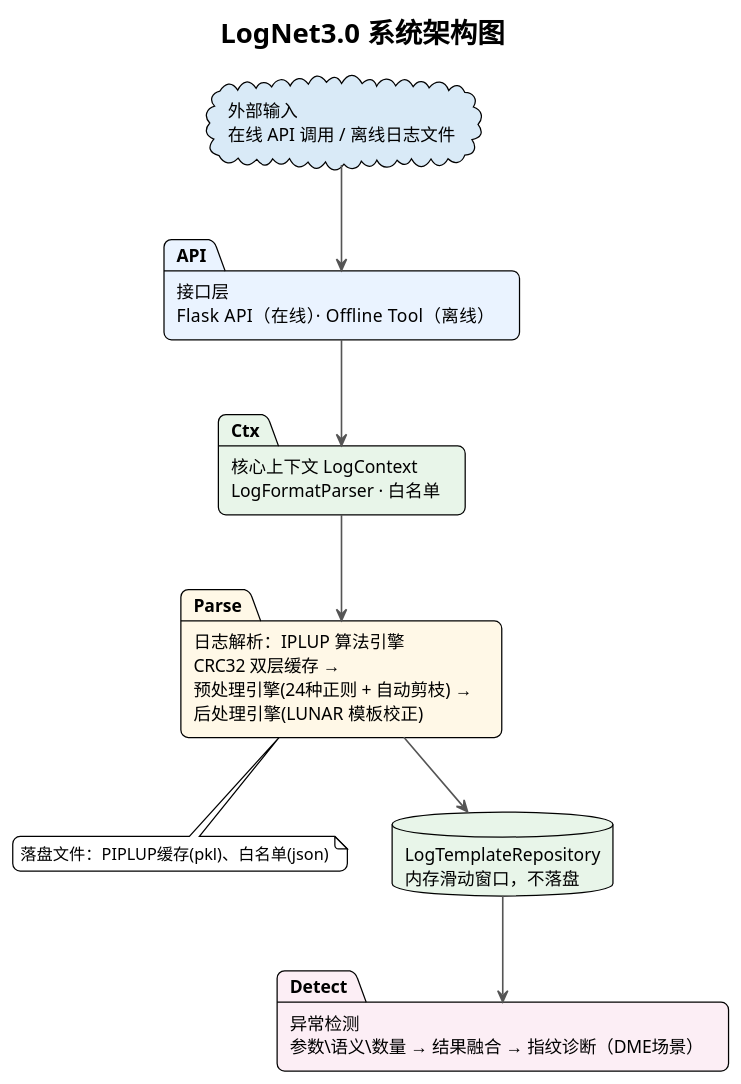
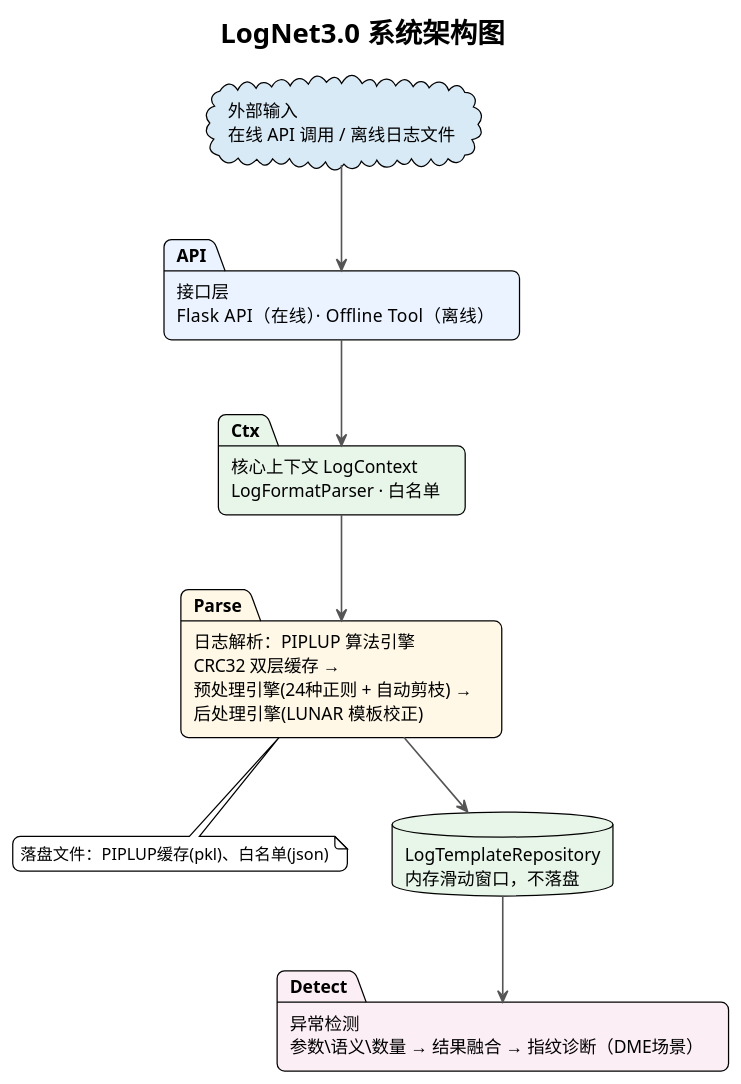
The first of 11 diagrams in LogNet3.0方案设计与实现文档.md (HouMonKy/TIG-PIPLUP), drawn with PlantUML before and after one commit. The commit also changed other lines of this file, not shown here.

````diff
--- a/LogNet3.0方案设计与实现文档.md
+++ b/LogNet3.0方案设计与实现文档.md
@@ -116,36 +116,36 @@
 ```plantuml
 @startuml TIG_PIPLUP_Architecture_Simplified
 !theme plain
 skinparam backgroundColor white
 skinparam shadowing false
 skinparam roundCorner 12
 skinparam packageStyle rectangle
 skinparam ArrowColor #555555
 skinparam ArrowThickness 1.3
 
 title LogNet3.0 系统架构图
 
 cloud "外部输入\n在线 API 调用 / 离线日志文件" as Ext #D9EAF7
 
 package "接口层\nFlask API（在线）· Offline Tool（离线）" as API #EAF3FF
 
 package "核心上下文 LogContext\nLogFormatParser · 白名单" as Ctx #E8F5E9
 
-package "日志解析：IPLUP 算法引擎\nCRC32 双层缓存 → \n预处理引擎(24种正则 + 自动剪枝) → \n后处理引擎(LUNAR 模板校正)" as Parse #FFF8E7
+package "日志解析：PIPLUP 算法引擎\nCRC32 双层缓存 → \n预处理引擎(24种正则 + 自动剪枝) → \n后处理引擎(LUNAR 模板校正)" as Parse #FFF8E7
 note bottom of Parse
   落盘文件：PIPLUP缓存(pkl)、白名单(json)
 end note
 
 database "LogTemplateRepository\n内存滑动窗口，不落盘" as Repo #E8F5E9
 
 package "异常检测\n参数\语义\数量 → 结果融合 → 指纹诊断（DME场景）" as Detect #FCEEF5
 
 Ext -down-> API
 API -down-> Ctx
 Ctx -down-> Parse
 Parse -down-> Repo
 Repo -down-> Detect
 
 @enduml
 
 ```
````
